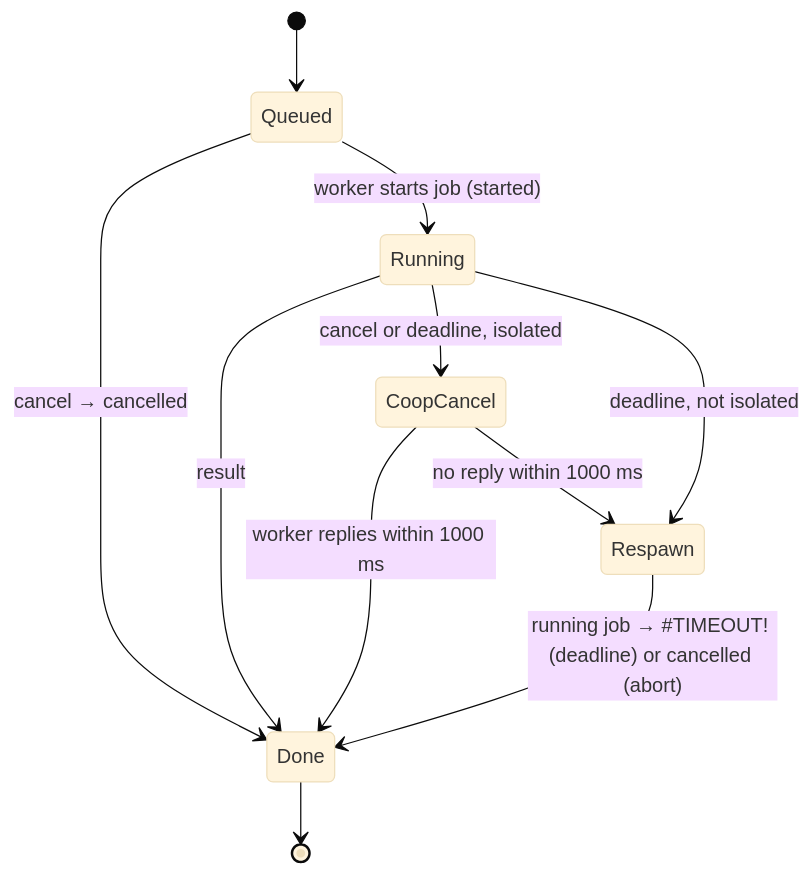
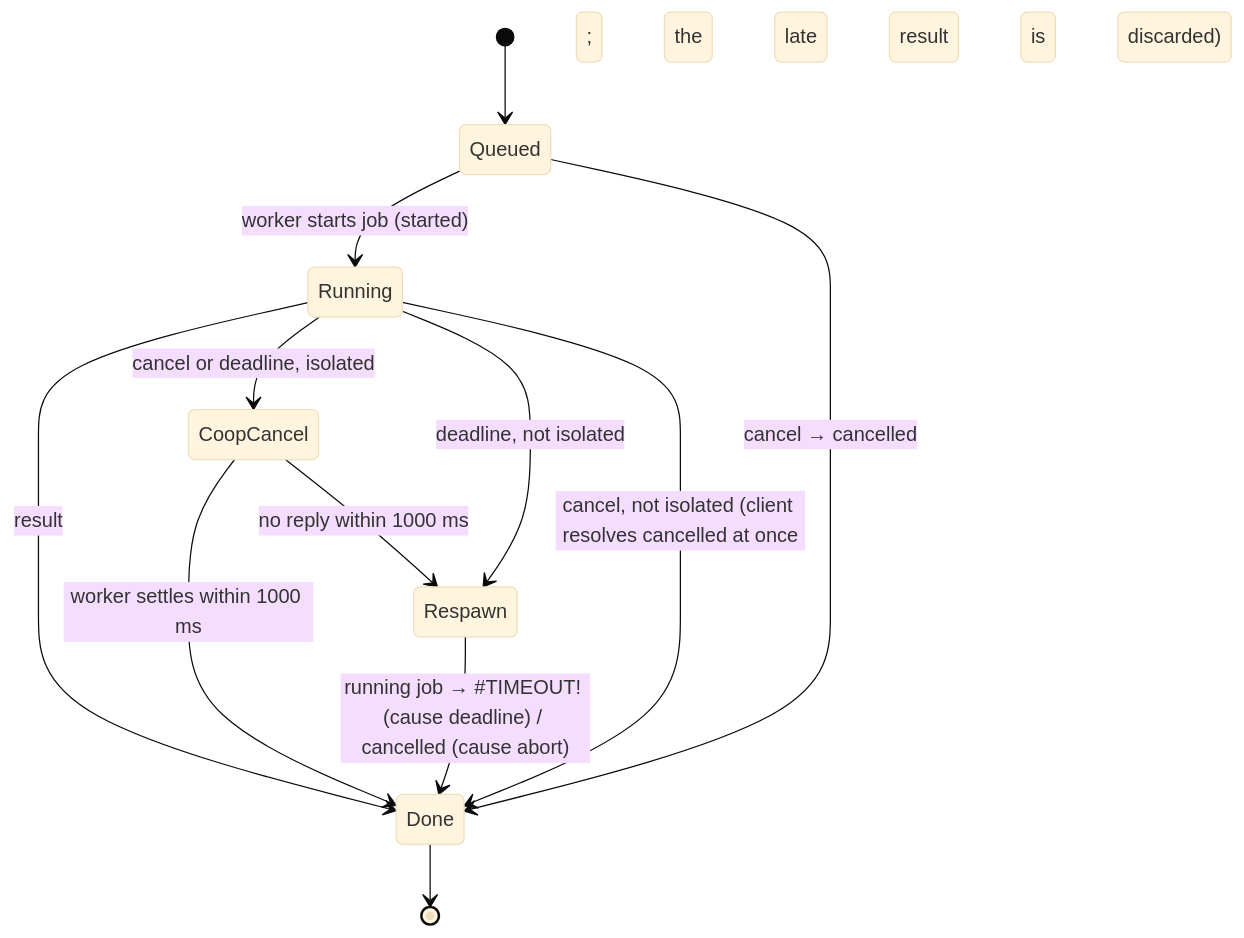
The fifth of 6 diagrams in .kiro/specs/02-wasm-worker-bridge/design.md (g4stein/SUTURE), drawn with Mermaid (base theme) before and after one commit. The commit also changed other lines of this file and 17 other files, not shown here.

````diff
--- a/.kiro/specs/02-wasm-worker-bridge/design.md
+++ b/.kiro/specs/02-wasm-worker-bridge/design.md
@@ -659,13 +699,14 @@
 ```mermaid
 stateDiagram-v2
   [*] --> Queued
   Queued --> Running: worker starts job (started)
   Queued --> Done: cancel → cancelled
   Running --> Done: result
   Running --> CoopCancel: cancel or deadline, isolated
-  CoopCancel --> Done: worker replies within 1000 ms
+  CoopCancel --> Done: worker settles within 1000 ms
   CoopCancel --> Respawn: no reply within 1000 ms
   Running --> Respawn: deadline, not isolated
-  Respawn --> Done: running job → #TIMEOUT! (deadline) or cancelled (abort)
+  Running --> Done: cancel, not isolated (client resolves cancelled at once; the late result is discarded)
+  Respawn --> Done: running job → #TIMEOUT! (cause deadline) / cancelled (cause abort)
   Done --> [*]
 ```
````
